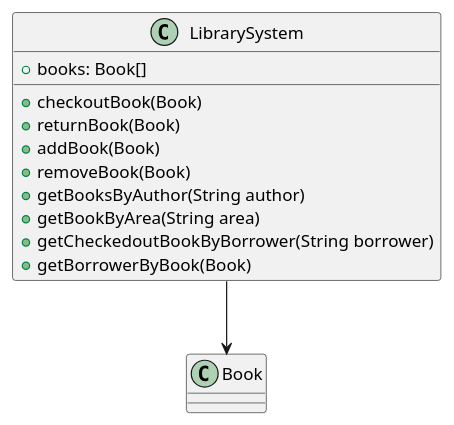
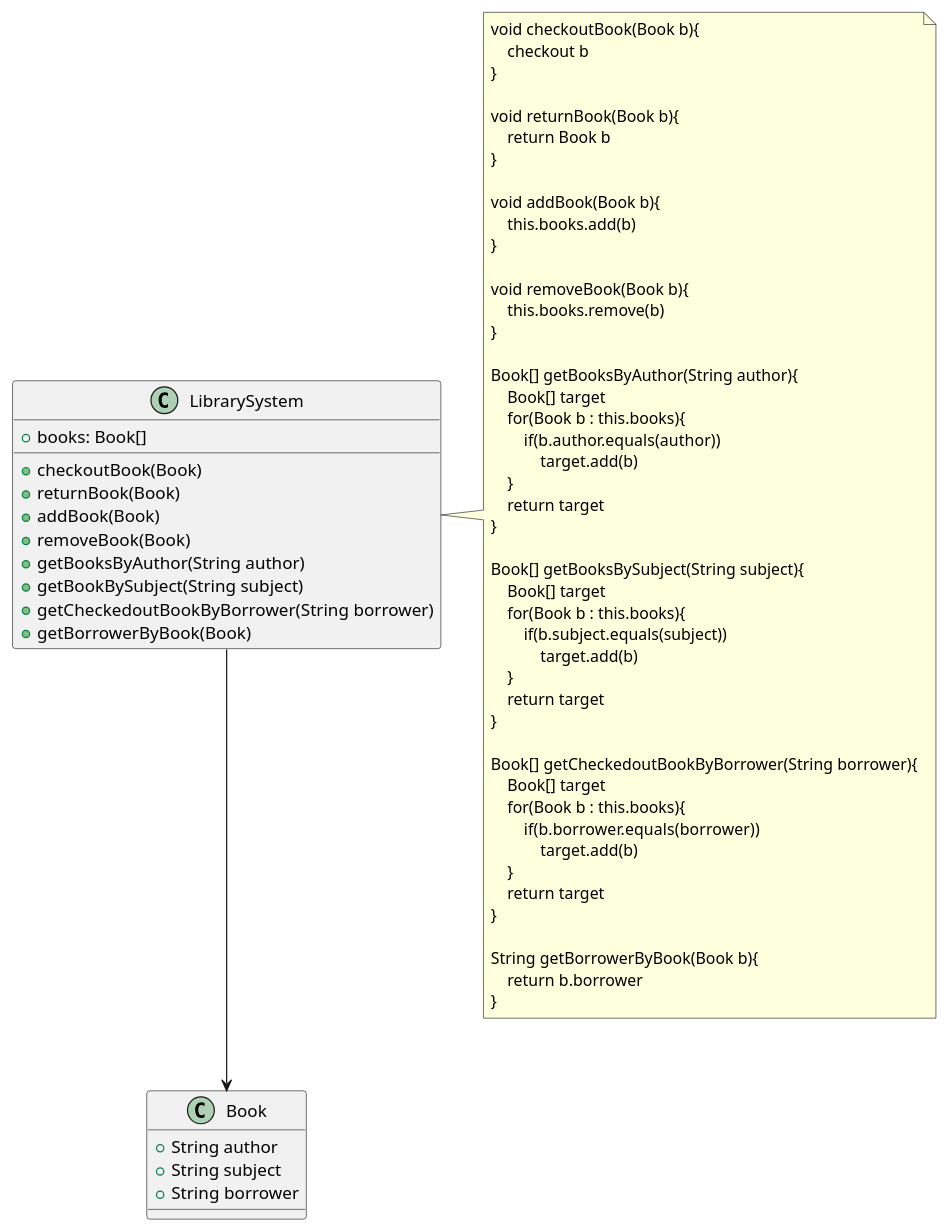
Before and after one commit to LeeYenChieh/Software_Engineering_Design2025FALL: the diagram in temp/uml/init1.puml, drawn with PlantUML. The commit also changed 14 other files, not shown here.

```diff
--- a/temp/uml/init1.puml
+++ b/temp/uml/init1.puml
@@ -1,21 +1,72 @@
 @startuml init1
 
 class Book{
-
+    + String author
+    + String subject
+    + String borrower
 }
 
 class LibrarySystem{
     + books: Book[]
     + checkoutBook(Book)
     + returnBook(Book)
     + addBook(Book)
     + removeBook(Book)
     + getBooksByAuthor(String author)
-    + getBookByArea(String area)
+    + getBookBySubject(String subject)
     + getCheckedoutBookByBorrower(String borrower)
     + getBorrowerByBook(Book)
 }
 
+note right of LibrarySystem
+void checkoutBook(Book b){
+    checkout b
+}
+
+void returnBook(Book b){
+    return Book b
+}
+
+void addBook(Book b){
+    this.books.add(b)
+}
+
+void removeBook(Book b){
+    this.books.remove(b)
+}
+
+Book[] getBooksByAuthor(String author){
+    Book[] target
+    for(Book b : this.books){
+        if(b.author.equals(author))
+            target.add(b)
+    }
+    return target
+}
+
+Book[] getBooksBySubject(String subject){
+    Book[] target
+    for(Book b : this.books){
+        if(b.subject.equals(subject))
+            target.add(b)
+    }
+    return target
+}
+
+Book[] getCheckedoutBookByBorrower(String borrower){
+    Book[] target
+    for(Book b : this.books){
+        if(b.borrower.equals(borrower))
+            target.add(b)
+    }
+    return target
+}
+
+String getBorrowerByBook(Book b){
+    return b.borrower
+}
+end note
+
 LibrarySystem --> Book
 
 @enduml
```
